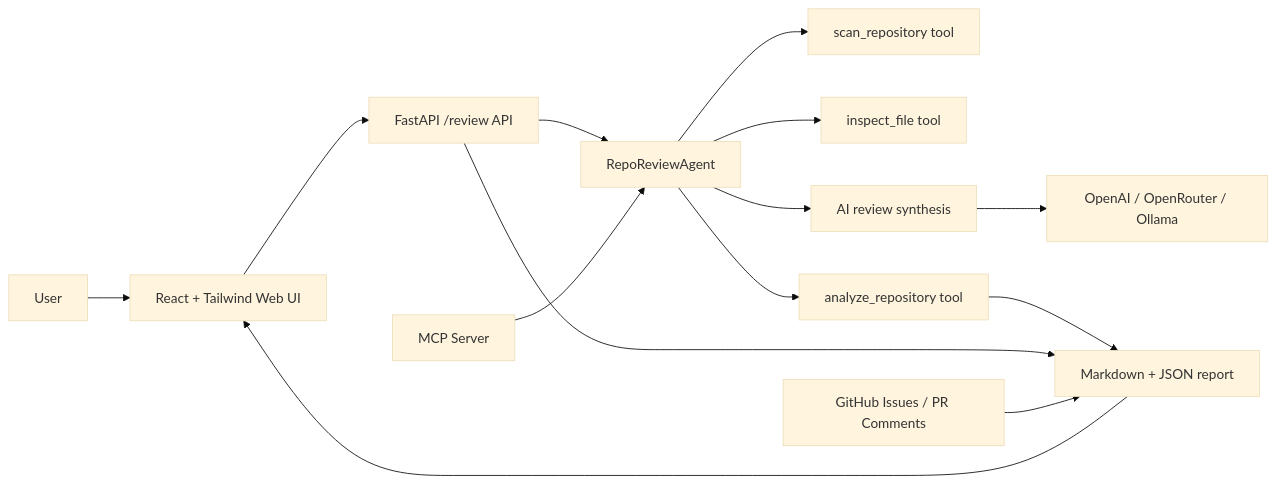
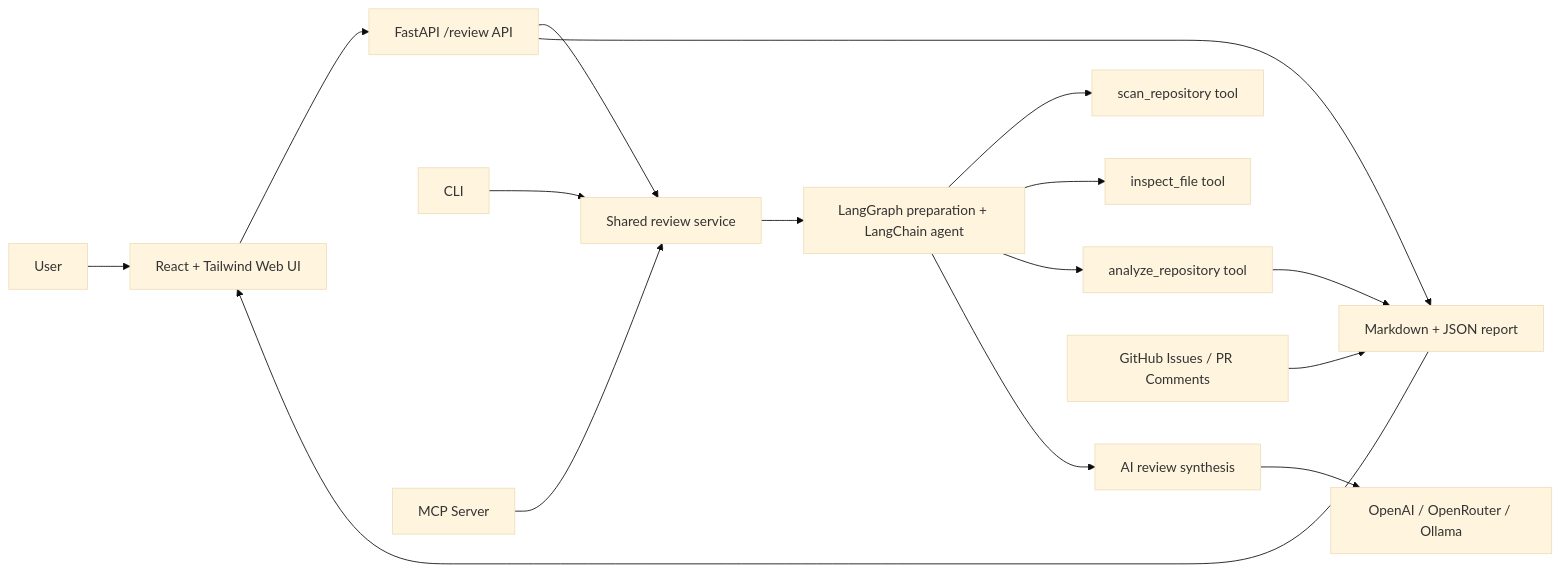
The diagram in README.md (Zhejian-Zheng/GitHub-Repo-Review-Agent), drawn with Mermaid (base theme) before and after one commit. The commit also changed other lines of this file and 108 other files, not shown here.

````diff
--- a/README.md
+++ b/README.md
@@ -95,16 +122,18 @@
 ```mermaid
 flowchart LR
     User["User"] --> UI["React + Tailwind Web UI"]
     UI --> API["FastAPI /review API"]
-    API --> Agent["RepoReviewAgent"]
+    API --> Service["Shared review service"]
+    Service --> Agent["LangGraph preparation + LangChain agent"]
     Agent --> Scan["scan_repository tool"]
     Agent --> Inspect["inspect_file tool"]
     Agent --> Analyze["analyze_repository tool"]
     Analyze --> Report["Markdown + JSON report"]
     Agent --> LLM["AI review synthesis"]
     LLM --> Providers["OpenAI / OpenRouter / Ollama"]
     API --> Report
     Report --> UI
-    MCP["MCP Server"] --> Agent
+    CLI["CLI"] --> Service
+    MCP["MCP Server"] --> Service
     GitHub["GitHub Issues / PR Comments"] --> Report
 ```
````
